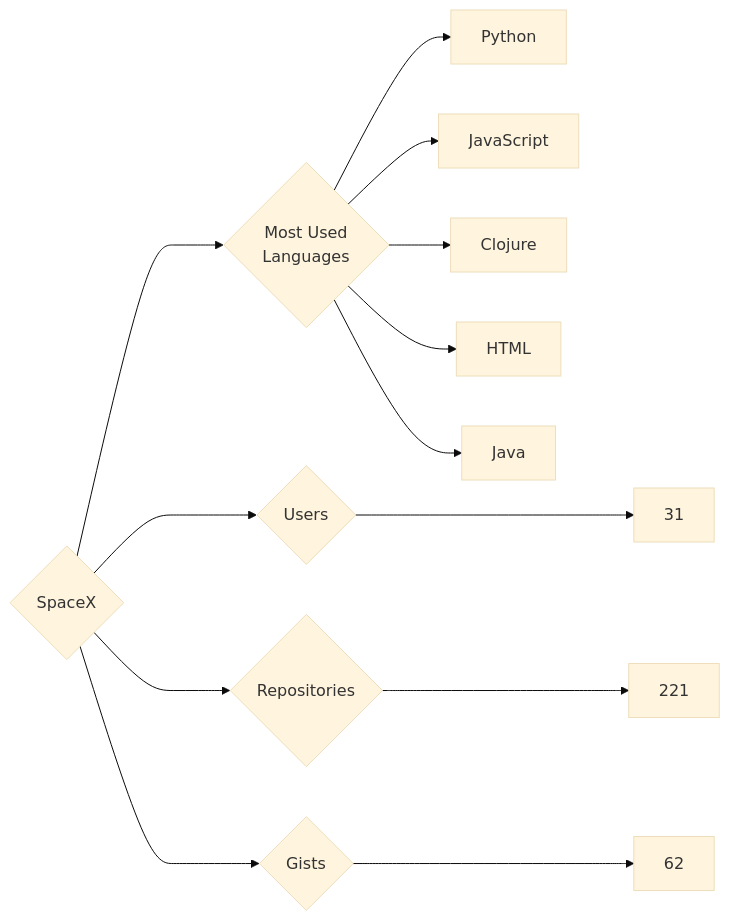
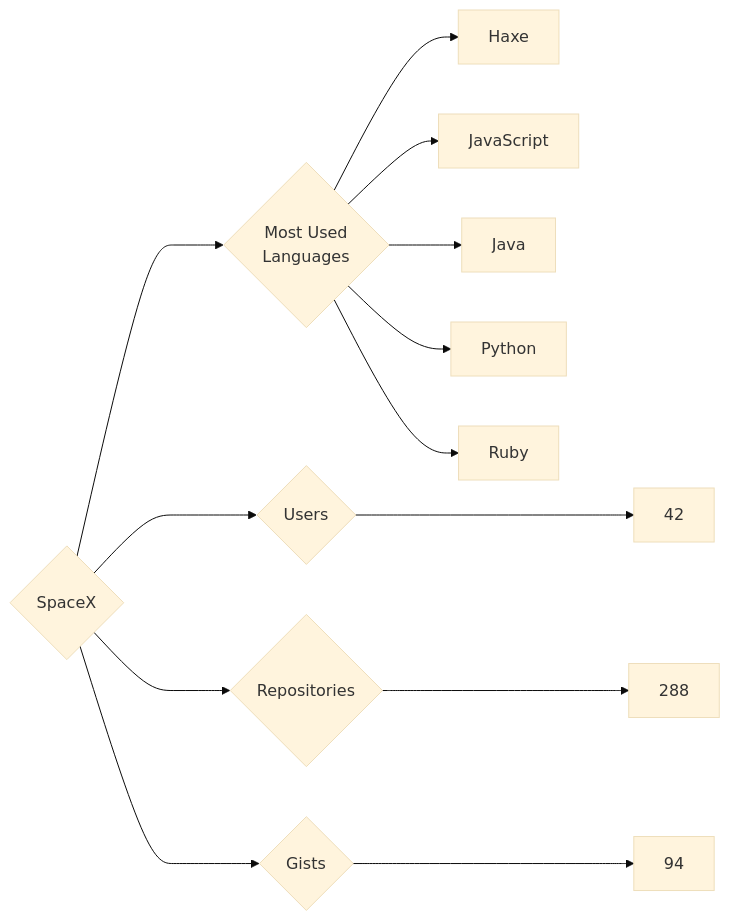
One commit to trickest/insiders changed the diagram in targets/SpaceX/README.md. Above: the diagram before and after it, drawn with Mermaid (base theme). The commit also changed 920 other files, not shown here.

````diff
--- a/targets/SpaceX/README.md
+++ b/targets/SpaceX/README.md
@@ -3,13 +3,13 @@
 ```mermaid
 graph LR
 COMPANY_NAME{SpaceX}
-COMPANY_NAME ---> U{Users} ---> UN[31]
-COMPANY_NAME ---> R{Repositories} ---> RN[221]
-COMPANY_NAME ---> G{Gists} ---> GN[62]
+COMPANY_NAME ---> U{Users} ---> UN[42]
+COMPANY_NAME ---> R{Repositories} ---> RN[288]
+COMPANY_NAME ---> G{Gists} ---> GN[94]
 COMPANY_NAME ---> ML{Most Used<br>Languages}
+ML --> Haxe[Haxe]
+ML --> JavaScript[JavaScript]
+ML --> Java[Java]
 ML --> Python[Python]
-ML --> JavaScript[JavaScript]
-ML --> Clojure[Clojure]
-ML --> HTML[HTML]
-ML --> Java[Java]
+ML --> Ruby[Ruby]
 ```
````
